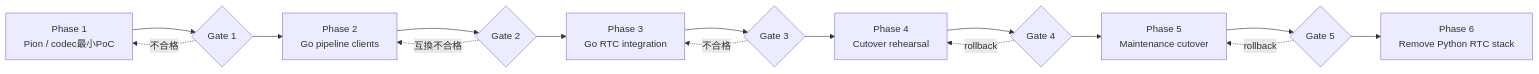
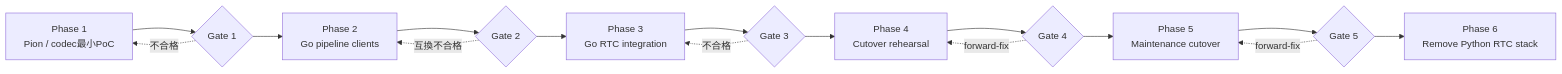
One commit to Sincromisor/Sincromisor changed the diagram in documents/migration/pion/implementation-phases.md. Above: the diagram before and after it, drawn with Mermaid. The commit also changed other lines of this file and 7 other files, not shown here.

````diff
--- a/documents/migration/pion/implementation-phases.md
+++ b/documents/migration/pion/implementation-phases.md
@@ -15,20 +15,20 @@
 ```mermaid
 flowchart LR
     P1["Phase 1\nPion / codec最小PoC"]
     P1 --> G1{"Gate 1"}
     G1 --> P2["Phase 2\nGo pipeline clients"]
     P2 --> G2{"Gate 2"}
     G2 --> P3["Phase 3\nGo RTC integration"]
     P3 --> G3{"Gate 3"}
     G3 --> P4["Phase 4\nCutover rehearsal"]
     P4 --> G4{"Gate 4"}
     G4 --> P5["Phase 5\nMaintenance cutover"]
     P5 --> G5{"Gate 5"}
     G5 --> P6["Phase 6\nRemove Python RTC stack"]
 
     G1 -. "不合格" .-> P1
     G2 -. "互換不合格" .-> P2
     G3 -. "不合格" .-> P3
-    G4 -. "rollback" .-> P4
-    G5 -. "rollback" .-> P5
+    G4 -. "forward-fix" .-> P4
+    G5 -. "forward-fix" .-> P5
 ```
````
